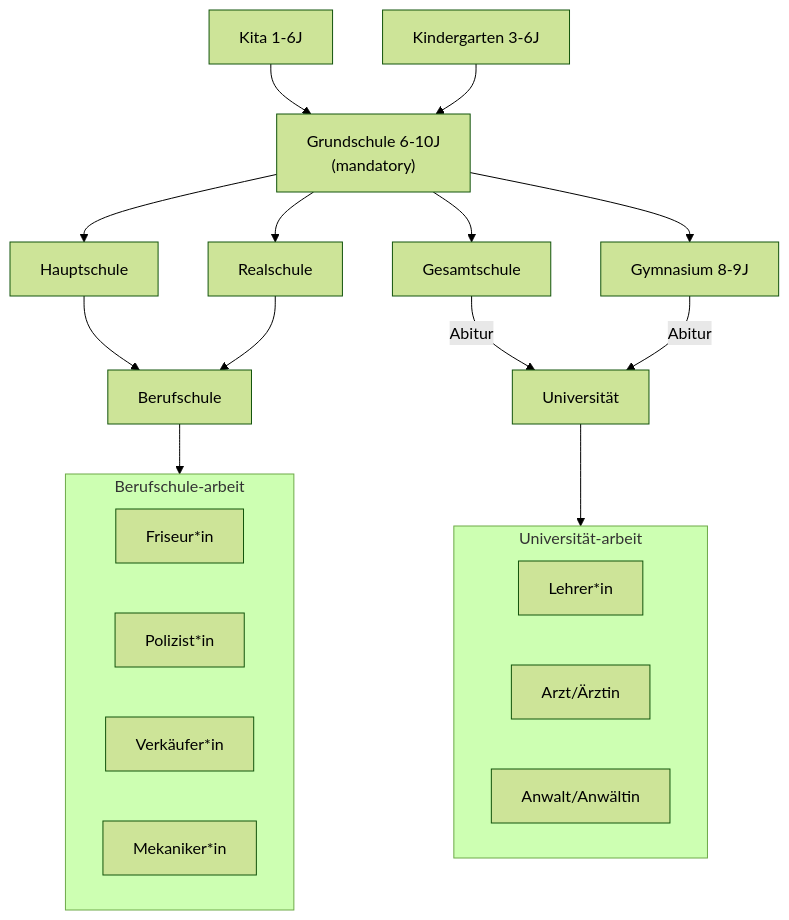
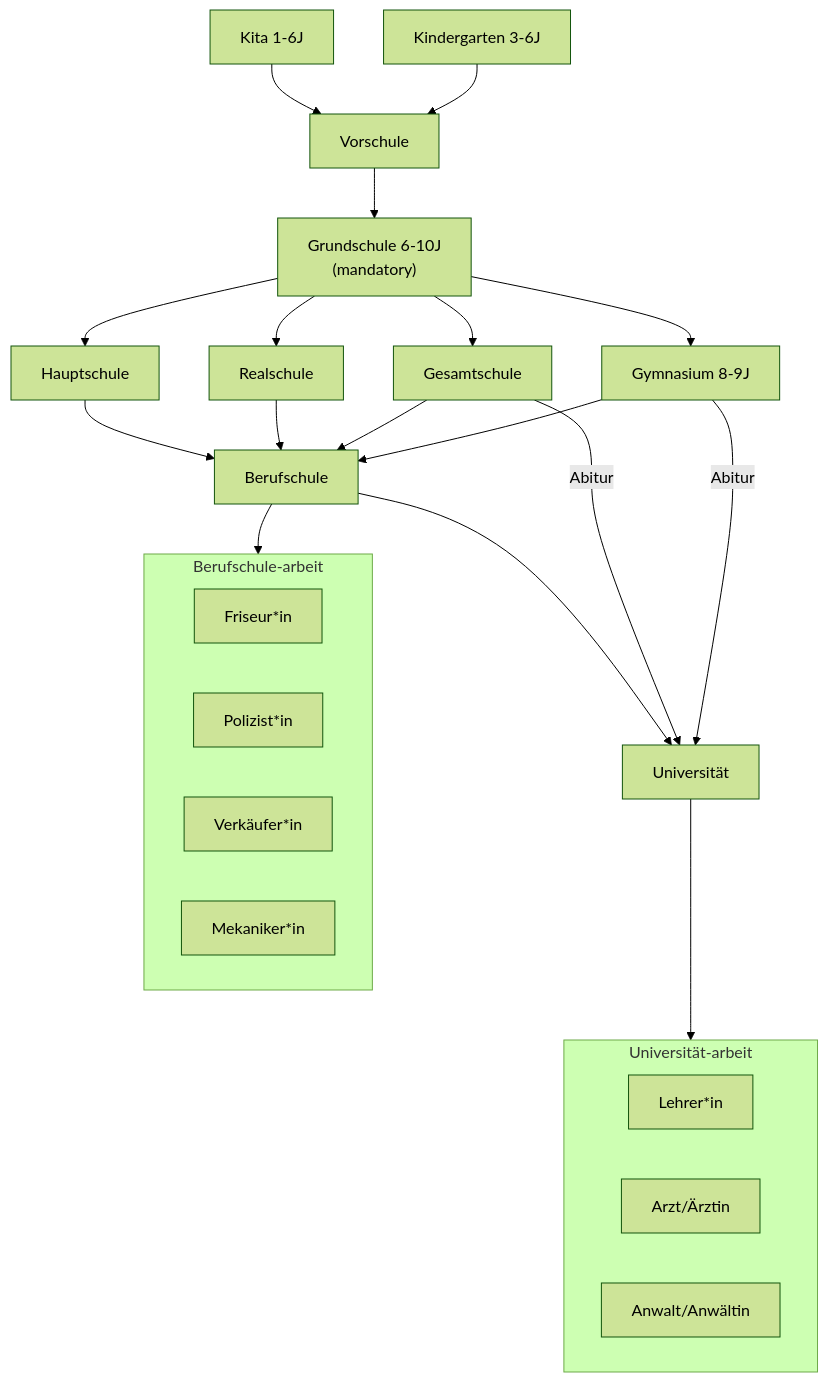
Before and after one commit to applejag/notes: the diagram in content/german-school-system.md, drawn with Mermaid (forest theme).

Commit message:
Complicate it more

````diff
--- a/content/german-school-system.md
+++ b/content/german-school-system.md
@@ -7,22 +7,23 @@
 ```mermaid
 flowchart TB
-    Kita["Kita 1-6J"] & Kindergarten["Kindergarten 3-6J"] --> Grundschule["Grundschule 6-10J\n(mandatory)"]
+    Kita["Kita 1-6J"] & Kindergarten["Kindergarten 3-6J"] --> Vorschule --> Grundschule["Grundschule 6-10J\n(mandatory)"]
     Grundschule --> Hauptschule & Realschule & Gesamtschule & Gymnasium["Gymnasium 8-9J"]
-    Hauptschule & Realschule --> Berufschule
+    Hauptschule & Realschule --> Berufschule --> Universität
     Gesamtschule & Gymnasium -->|Abitur| Universität
+    Gesamtschule & Gymnasium --> Berufschule
 
     Berufschule --> Berufschule-arbeit
     subgraph Berufschule-arbeit
         Friseur*in
         Polizist*in
         Verkäufer*in
         Mekaniker*in
     end
 
     Universität --> Universität-arbeit
     subgraph Universität-arbeit
         Lehrer*in
         Arzt/Ärztin
         Anwalt/Anwältin
     end
 ```
````
